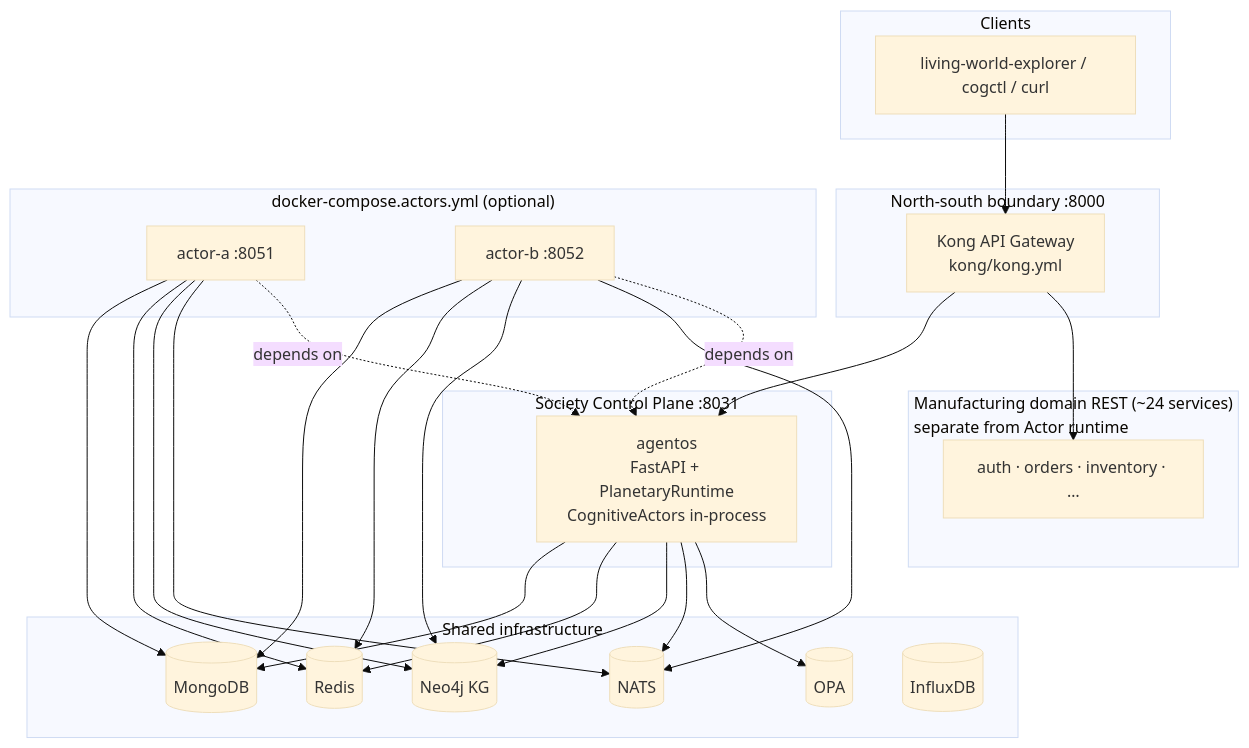
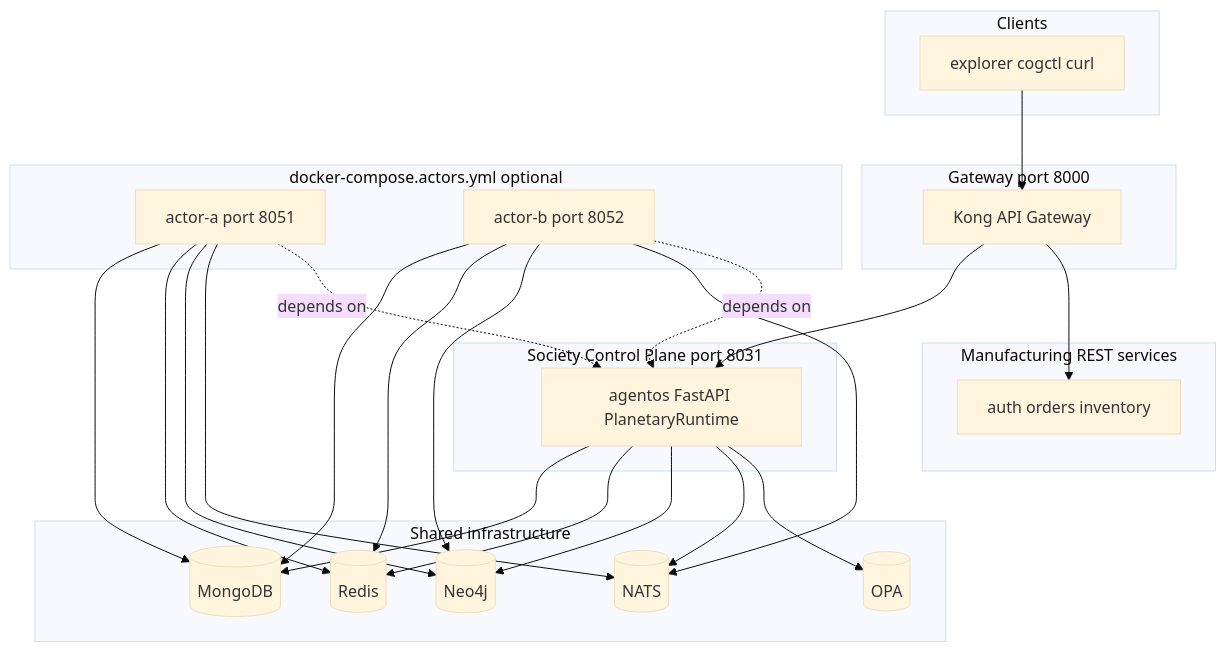
One commit to monkeypatched-stack/cogitive-os changed the fourth of 22 diagrams in docs/DIAGRAMS.md. Above: the diagram before and after it, drawn with Mermaid (base theme). The commit also changed other lines of this file, not shown here.

Commit message:
adding diagrams

````diff
--- a/docs/DIAGRAMS.md
+++ b/docs/DIAGRAMS.md
@@ -142,39 +148,50 @@
 ```mermaid
-graph TB
-    subgraph Clients
-        UI["living-world-explorer / cogctl / curl"]
+flowchart TB
+    subgraph clientsGrp["Clients"]
+        UI["explorer cogctl curl"]
     end
 
-    subgraph Gateway["North-south boundary :8000"]
-        KONG["Kong API Gateway<br/>kong/kong.yml"]
+    subgraph gatewayGrp["Gateway port 8000"]
+        KONG["Kong API Gateway"]
     end
 
-    subgraph ControlPlane["Society Control Plane :8031"]
-        AGENTOS["agentos<br/>FastAPI + PlanetaryRuntime<br/>CognitiveActors in-process"]
+    subgraph controlGrp["Society Control Plane port 8031"]
+        AGENTOS["agentos FastAPI PlanetaryRuntime"]
     end
 
-    subgraph DomainREST["Manufacturing domain REST (~24 services)<br/>separate from Actor runtime"]
-        AUTH["auth · orders · inventory · …"]
+    subgraph domainGrp["Manufacturing REST services"]
+        AUTH["auth orders inventory"]
     end
 
-    subgraph Infra["Shared infrastructure"]
+    subgraph infraGrp["Shared infrastructure"]
         MONGO[("MongoDB")]
         REDIS[("Redis")]
-        NEO[("Neo4j KG")]
+        NEO[("Neo4j")]
         NATS[("NATS")]
         OPA[("OPA")]
-        INFLUX[("InfluxDB")]
     end
 
-    subgraph Optional["docker-compose.actors.yml (optional)"]
-        A1["actor-a :8051"]
-        A2["actor-b :8052"]
+    subgraph actorsGrp["docker-compose.actors.yml optional"]
+        A1["actor-a port 8051"]
+        A2["actor-b port 8052"]
     end
 
     UI --> KONG
     KONG --> AGENTOS
     KONG --> AUTH
-    AGENTOS --> MONGO & REDIS & NEO & NATS & OPA
-    A1 & A2 --> MONGO & REDIS & NEO & NATS
-    A1 & A2 -.depends on.-> AGENTOS
+    AGENTOS --> MONGO
+    AGENTOS --> REDIS
+    AGENTOS --> NEO
+    AGENTOS --> NATS
+    AGENTOS --> OPA
+    A1 --> MONGO
+    A1 --> REDIS
+    A1 --> NEO
+    A1 --> NATS
+    A2 --> MONGO
+    A2 --> REDIS
+    A2 --> NEO
+    A2 --> NATS
+    A1 -.->|depends on| AGENTOS
+    A2 -.->|depends on| AGENTOS
 ```
````
